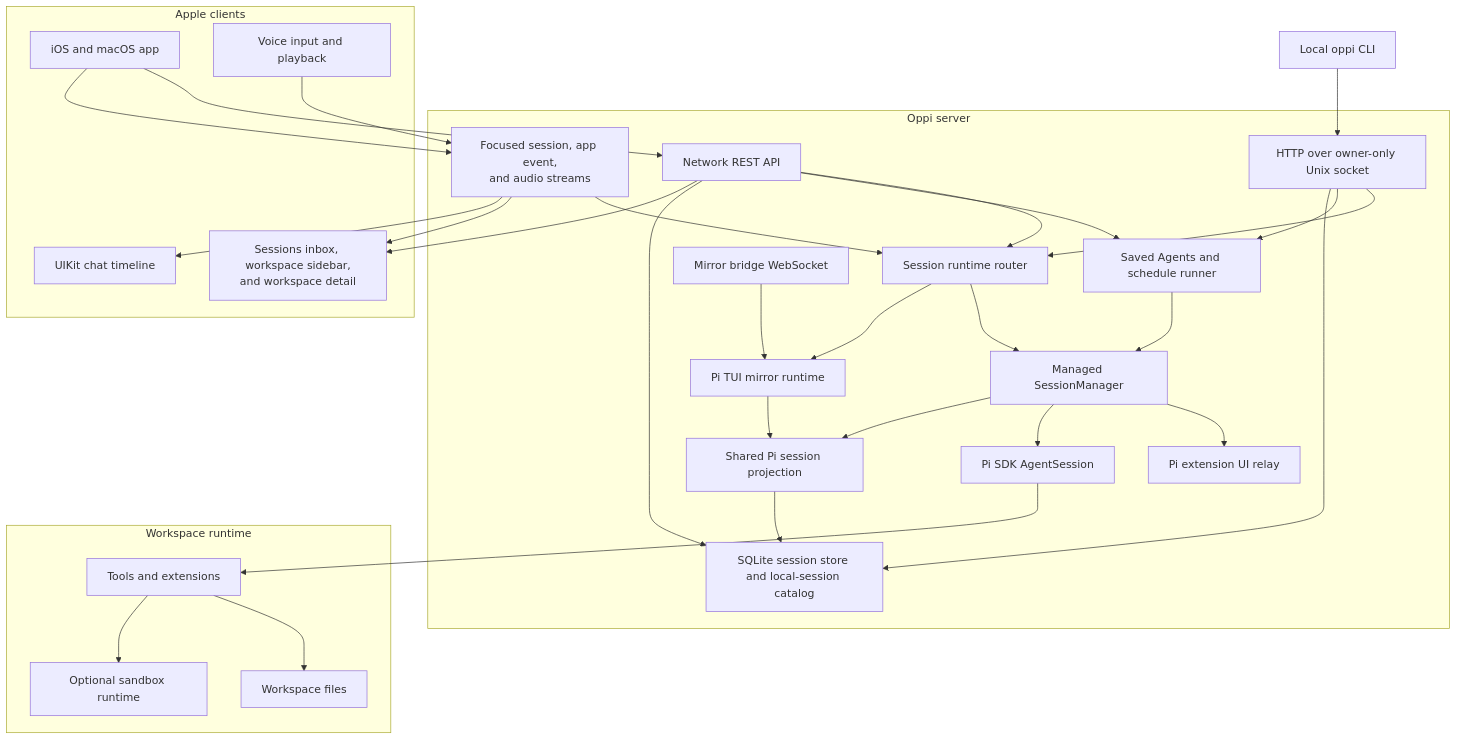
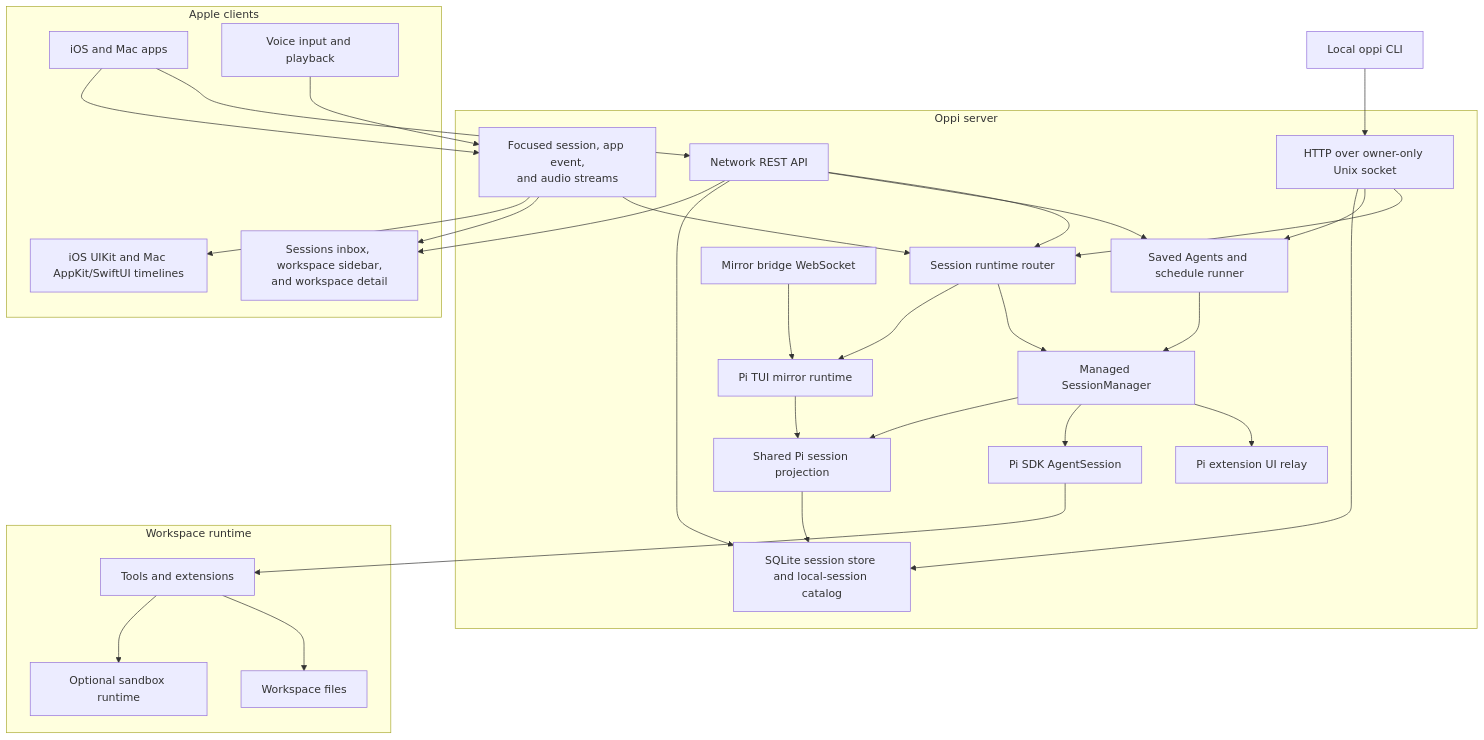
The first of 3 diagrams in docs/architecture.md (duh17/oppi), drawn with Mermaid before and after one commit. The commit also changed other lines of this file and 8 other files, not shown here.

First line of the commit message:
chore: enforce Mac client architecture boundaries

````diff
--- a/docs/architecture.md
+++ b/docs/architecture.md
@@ -21,59 +21,59 @@
 ```mermaid
 graph TD
   subgraph Apple[Apple clients]
-    App[iOS and macOS app]
+    App[iOS and Mac apps]
     WorkspaceUI[Sessions inbox, workspace sidebar,<br/>and workspace detail]
-    Timeline[UIKit chat timeline]
+    Timeline[iOS UIKit and Mac AppKit/SwiftUI timelines]
     Voice[Voice input and playback]
   end
 
   CLI[Local oppi CLI]
 
   subgraph Server[Oppi server]
     LocalHTTP[HTTP over owner-only Unix socket]
     HTTP[Network REST API]
     Streams[Focused session, app event,<br/>and audio streams]
     Router[Session runtime router]
     Sessions[Managed SessionManager]
     Mirror[Pi TUI mirror runtime]
     Bridge[Mirror bridge WebSocket]
     ExtensionUI[Pi extension UI relay]
     Automations[Saved Agents and schedule runner]
     Storage[SQLite session store and local-session catalog]
     Project[Shared Pi session projection]
     Pi[Pi SDK AgentSession]
   end
 
   subgraph Workspace[Workspace runtime]
     Files[Workspace files]
     Tools[Tools and extensions]
     Sandbox[Optional sandbox runtime]
   end
 
   CLI --> LocalHTTP
   LocalHTTP --> Router
   LocalHTTP --> Automations
   LocalHTTP --> Storage
   App --> HTTP
   App --> Streams
   HTTP --> Router
   HTTP --> Automations
   HTTP --> Storage
   Streams --> Router
   Router --> Sessions
   Router --> Mirror
   Bridge --> Mirror
   Automations --> Sessions
   Sessions --> ExtensionUI
   Sessions --> Pi
   Sessions --> Project
   Mirror --> Project
   Pi --> Tools
   Tools --> Files
   Project --> Storage
   Tools --> Sandbox
   HTTP --> WorkspaceUI
   Streams --> WorkspaceUI
   Streams --> Timeline
   Voice --> Streams
 ```
````
